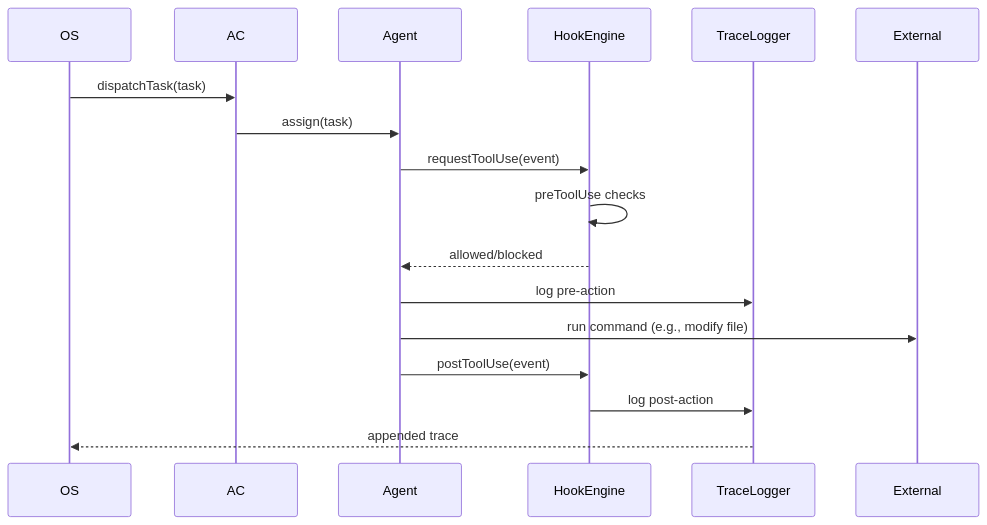
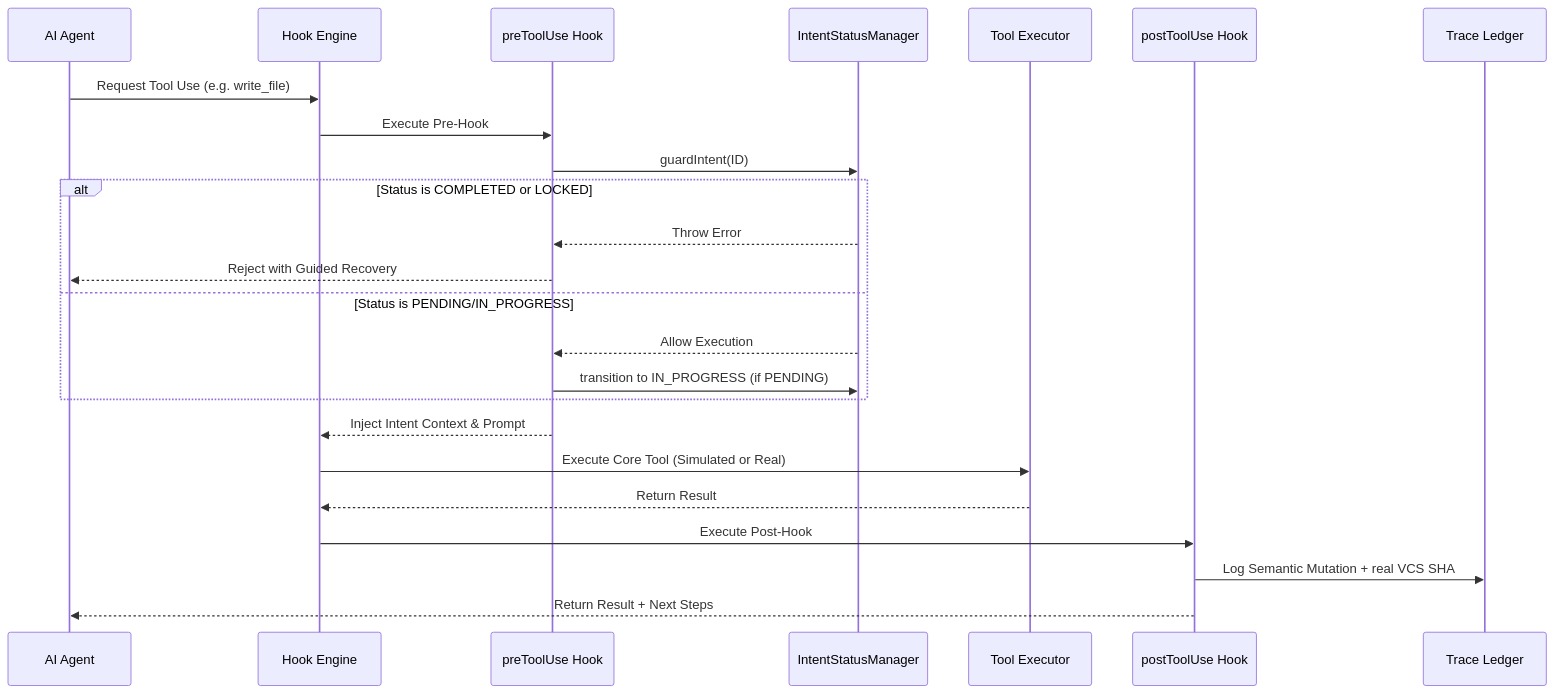
One commit to Deregit2025/Roo-Code changed the second of 5 diagrams in docs/ROO-ARCHITECTURE_REPORT.md. Above: the diagram before and after it, drawn with Mermaid. The commit also changed other lines of this file, not shown here.

First line of the commit message:
docs: add comprehensive technical architecture and audit report

````diff
--- a/docs/ROO-ARCHITECTURE_REPORT.md
+++ b/docs/ROO-ARCHITECTURE_REPORT.md
@@ -322,19 +69,27 @@
 ```mermaid
 sequenceDiagram
-  participant OS
-  participant AC
-  participant Agent
-  participant HookEngine
-  participant TraceLogger
+    participant A as AI Agent
+    participant HE as Hook Engine
+    participant PRE as preToolUse Hook
+    participant ISM as IntentStatusManager
+    participant T as Tool Executor
+    participant POST as postToolUse Hook
+    participant L as Trace Ledger
 
-  OS->>AC: dispatchTask(task)
-  AC->>Agent: assign(task)
-  Agent->>HookEngine: requestToolUse(event)
-  HookEngine->>HookEngine: preToolUse checks
-  HookEngine-->>Agent: allowed/blocked
-  Agent->>TraceLogger: log pre-action
-  Agent->>External: run command (e.g., modify file)
-  Agent->>HookEngine: postToolUse(event)
-  HookEngine->>TraceLogger: log post-action
-  TraceLogger-->>OS: appended trace
+    A->>HE: Request Tool Use (e.g. write_file)
+    HE->>PRE: Execute Pre-Hook
+    PRE->>ISM: guardIntent(ID)
+    alt Status is COMPLETED or LOCKED
+        ISM-->>PRE: Throw Error
+        PRE-->>A: Reject with Guided Recovery
+    else Status is PENDING/IN_PROGRESS
+        ISM-->>PRE: Allow Execution
+        PRE->>ISM: transition to IN_PROGRESS (if PENDING)
+    end
+    PRE-->>HE: Inject Intent Context & Prompt
+    HE->>T: Execute Core Tool (Simulated or Real)
+    T-->>HE: Return Result
+    HE->>POST: Execute Post-Hook
+    POST->>L: Log Semantic Mutation + real VCS SHA
+    POST-->>A: Return Result + Next Steps
 ```
````
